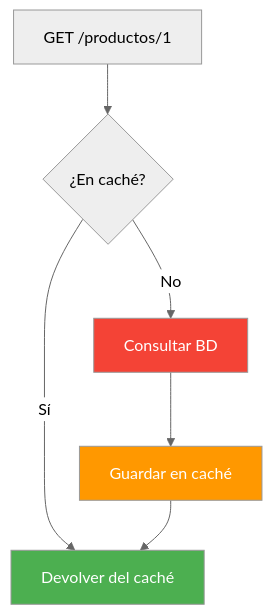
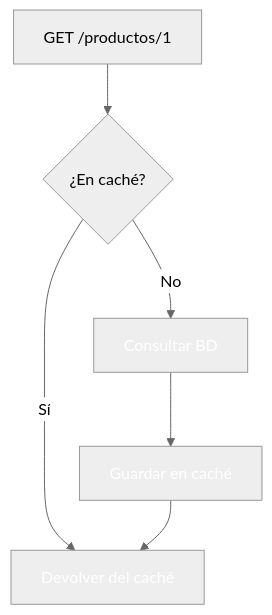
Before and after one commit to joseluisgs/DesarrolloWebEntornosServidor-02-2026-2027: the eighth of 17 diagrams in 14-cache-redis.md, drawn with Mermaid (neutral theme). The commit also changed other lines of this file and 41 other files, not shown here.

````diff
--- a/14-cache-redis.md
+++ b/14-cache-redis.md
@@ -300,11 +300,11 @@
 ```mermaid
 flowchart TD
     A["GET /productos/1"] --> B{"¿En caché?"}
     B -->|Sí| C["Devolver del caché"]
     B -->|No| D["Consultar BD"]
     D --> E["Guardar en caché"]
     E --> C
-    style C fill:#4CAF50,color:#fff
-    style D fill:#f44336,color:#fff
-    style E fill:#FF9800,color:#fff
+    style C fill:#4CAF5,color:#fff0,color:#fff
+    style D fill:#f4433,color:#fff6,color:#fff
+    style E fill:#FF980,color:#fff0,color:#fff
 ```
````
